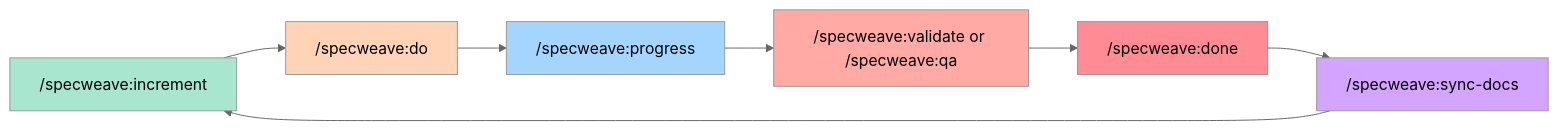
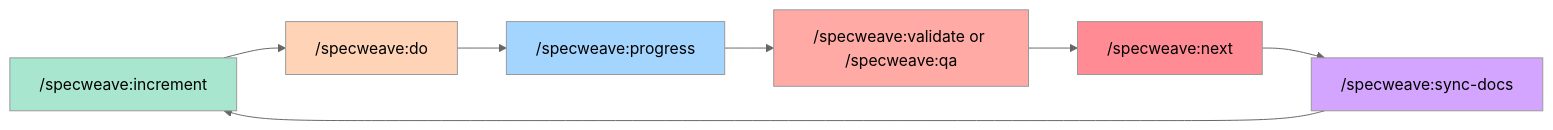
Before and after one commit to anton-abyzov/specweave: the diagram in docs-site/docs/commands/overview.md, drawn with Mermaid (neutral theme). The commit also changed other lines of this file and 113 other files, not shown here.

````diff
--- a/docs-site/docs/commands/overview.md
+++ b/docs-site/docs/commands/overview.md
@@ -15,16 +15,16 @@
 ```mermaid
 graph LR
     A["/specweave:increment"] --> B["/specweave:do"]
     B --> C["/specweave:progress"]
     C --> D["/specweave:validate or /specweave:qa"]
-    D --> E["/specweave:done"]
+    D --> E["/specweave:next"]
     E --> F["/specweave:sync-docs"]
     F --> A
 
     style A fill:#a8e6cf
     style B fill:#ffd3b6
     style C fill:#a3d5ff
     style D fill:#ffaaa5
     style E fill:#ff8b94
     style F fill:#d4a5ff
 ```
````
